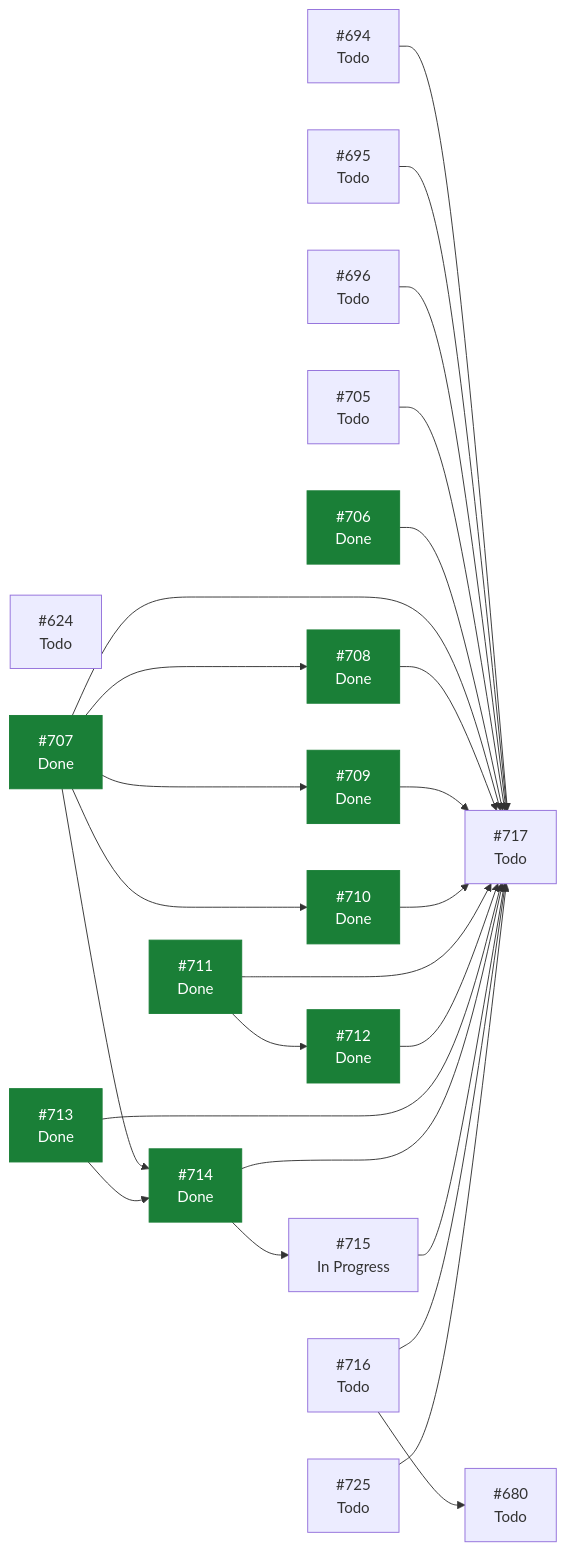
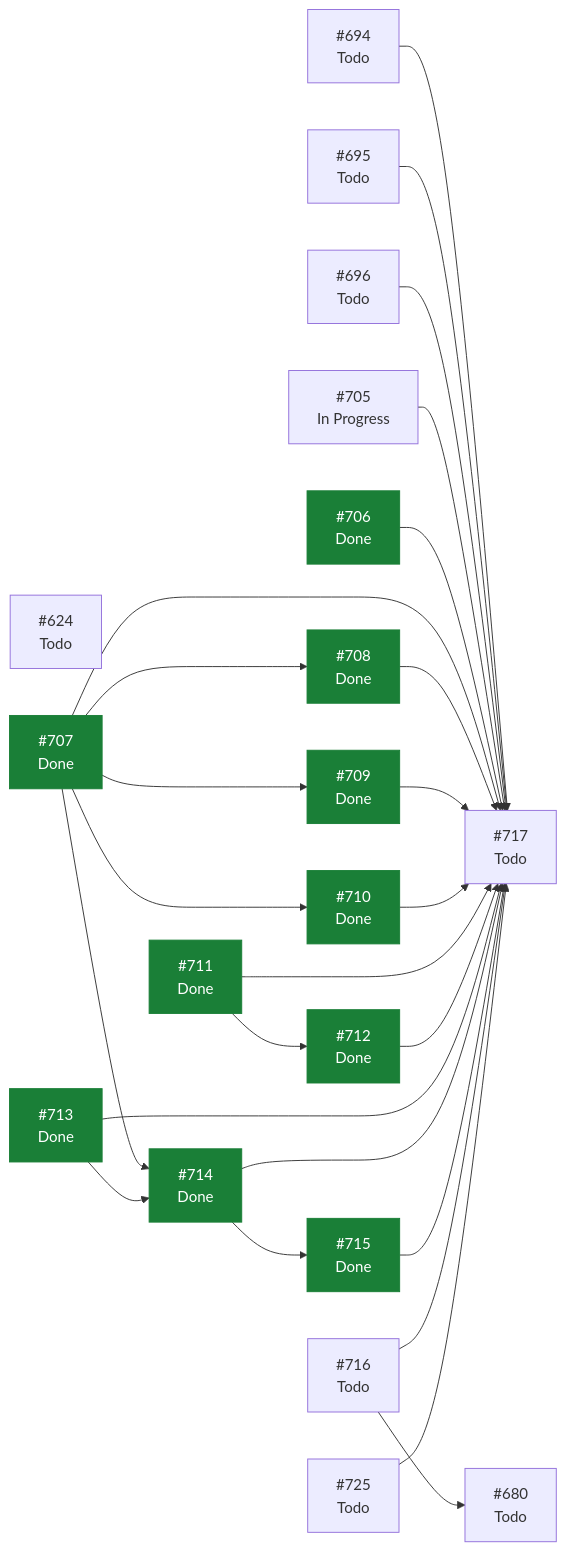
One commit to ecamp0s/evault changed the diagram in docs/planning/STATUS.md. Above: the diagram before and after it, drawn with Mermaid. The commit also changed other lines of this file, not shown here.

````diff
--- a/docs/planning/STATUS.md
+++ b/docs/planning/STATUS.md
@@ -111,48 +110,48 @@
 ```mermaid
 graph LR
   I624["#624<br/>Todo"]
   I680["#680<br/>Todo"]
   I694["#694<br/>Todo"]
   I695["#695<br/>Todo"]
   I696["#696<br/>Todo"]
-  I705["#705<br/>Todo"]
+  I705["#705<br/>In Progress"]
   I706["#706<br/>Done"]
   I707["#707<br/>Done"]
   I708["#708<br/>Done"]
   I709["#709<br/>Done"]
   I710["#710<br/>Done"]
   I711["#711<br/>Done"]
   I712["#712<br/>Done"]
   I713["#713<br/>Done"]
   I714["#714<br/>Done"]
-  I715["#715<br/>In Progress"]
+  I715["#715<br/>Done"]
   I716["#716<br/>Todo"]
   I717["#717<br/>Todo"]
   I725["#725<br/>Todo"]
   I694 --> I717
   I695 --> I717
   I696 --> I717
   I705 --> I717
   I706 --> I717
   I707 --> I708
   I707 --> I709
   I707 --> I710
   I707 --> I714
   I707 --> I717
   I708 --> I717
   I709 --> I717
   I710 --> I717
   I711 --> I712
   I711 --> I717
   I712 --> I717
   I713 --> I714
   I713 --> I717
   I714 --> I715
   I714 --> I717
   I715 --> I717
   I716 --> I680
   I716 --> I717
   I725 --> I717
   classDef hecho fill:#1a7f37,stroke:#1a7f37,color:#fff;
-  class I706,I707,I708,I709,I710,I711,I712,I713,I714 hecho;
+  class I706,I707,I708,I709,I710,I711,I712,I713,I714,I715 hecho;
 ```
````
